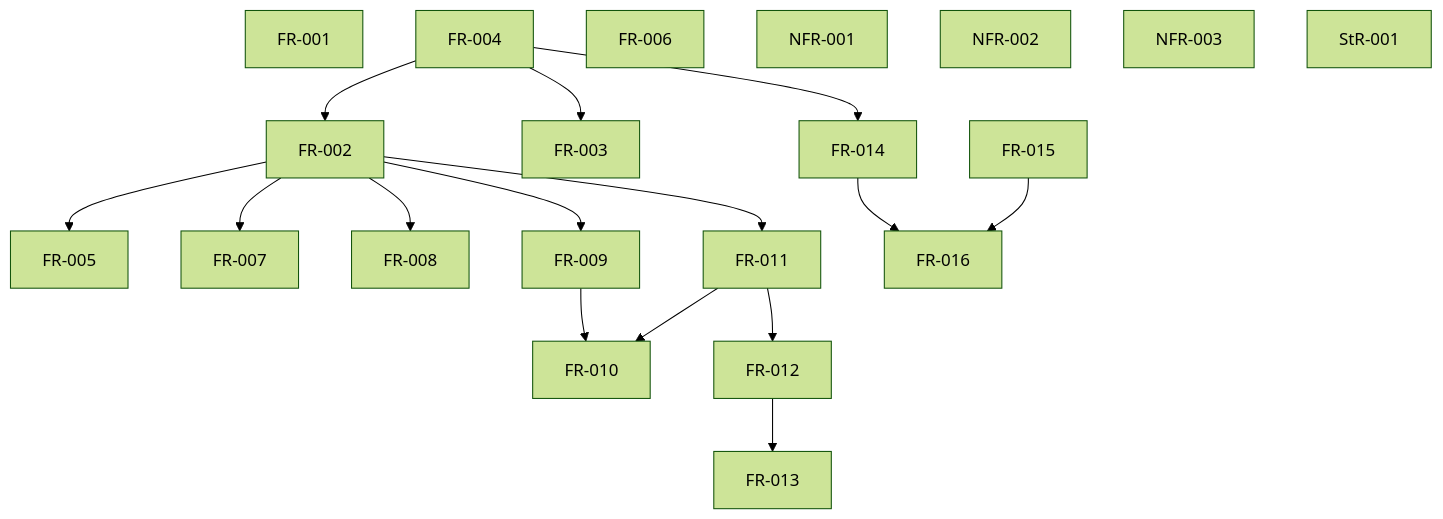
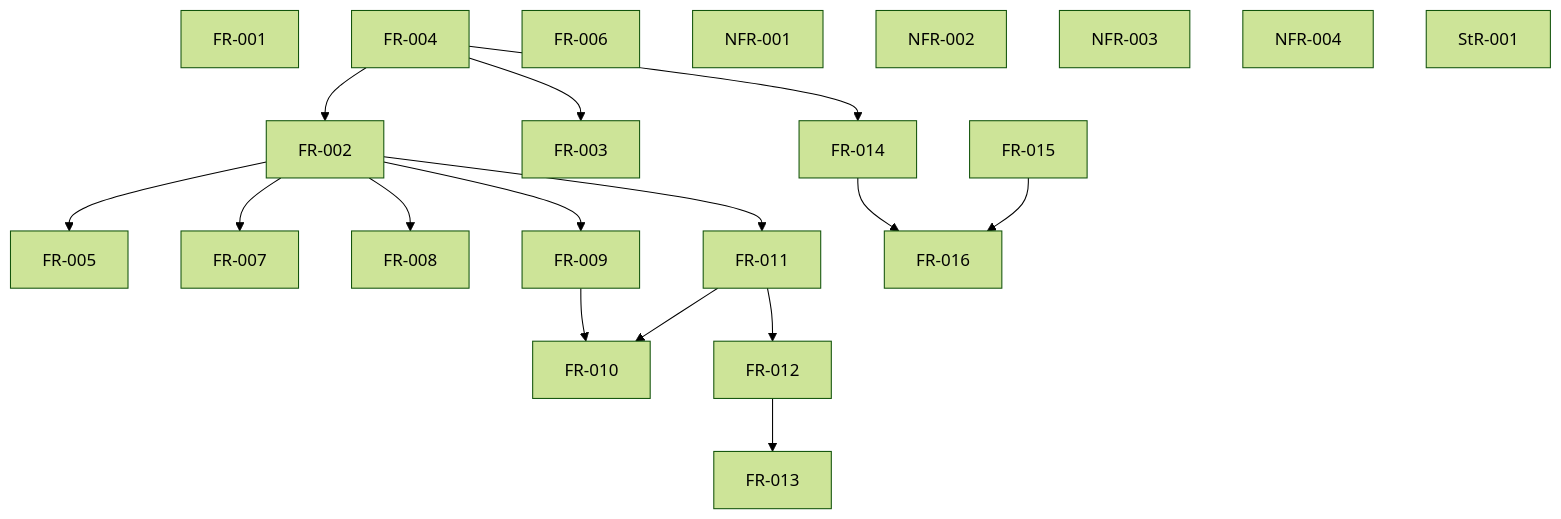
One commit to agent-ix/quire-specification changed the diagram in spec/reviews/dependency.md. Above: the diagram before and after it, drawn with Mermaid (forest theme). The commit also changed other lines of this file and 28 other files, not shown here.

````diff
--- a/spec/reviews/dependency.md
+++ b/spec/reviews/dependency.md
@@ -81,37 +82,38 @@
 ```mermaid
 graph TD
   FR-001["FR-001"]
   FR-002["FR-002"]
   FR-003["FR-003"]
   FR-004["FR-004"]
   FR-005["FR-005"]
   FR-006["FR-006"]
   FR-007["FR-007"]
   FR-008["FR-008"]
   FR-009["FR-009"]
   FR-010["FR-010"]
   FR-011["FR-011"]
   FR-012["FR-012"]
   FR-013["FR-013"]
   FR-014["FR-014"]
   FR-015["FR-015"]
   FR-016["FR-016"]
   NFR-001["NFR-001"]
   NFR-002["NFR-002"]
   NFR-003["NFR-003"]
+  NFR-004["NFR-004"]
   StR-001["StR-001"]
   FR-004 --> FR-002
   FR-004 --> FR-003
   FR-004 --> FR-014
   FR-002 --> FR-005
   FR-002 --> FR-007
   FR-002 --> FR-008
   FR-002 --> FR-009
   FR-002 --> FR-011
   FR-009 --> FR-010
   FR-011 --> FR-010
   FR-011 --> FR-012
   FR-012 --> FR-013
   FR-014 --> FR-016
   FR-015 --> FR-016
 ```
````
